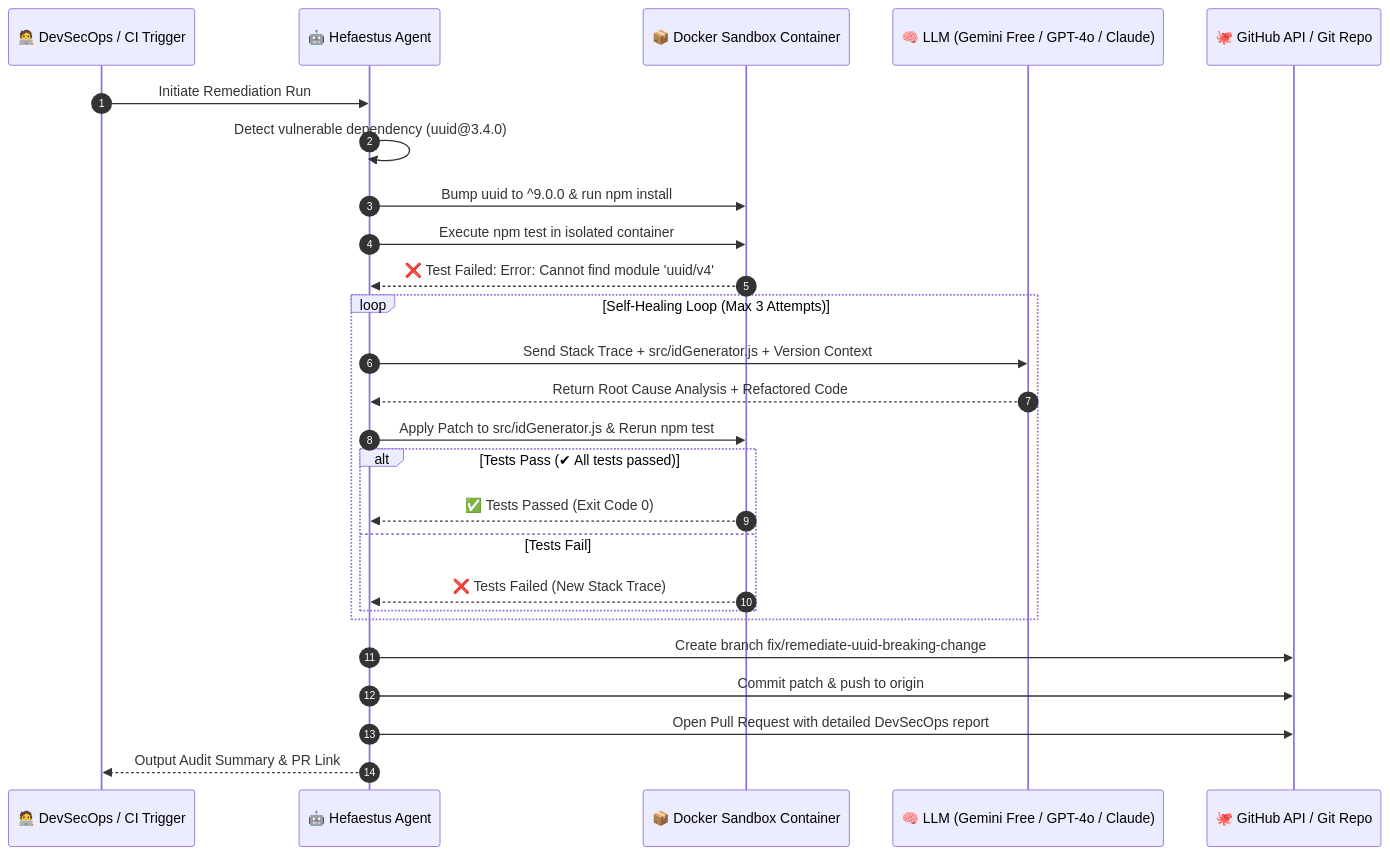
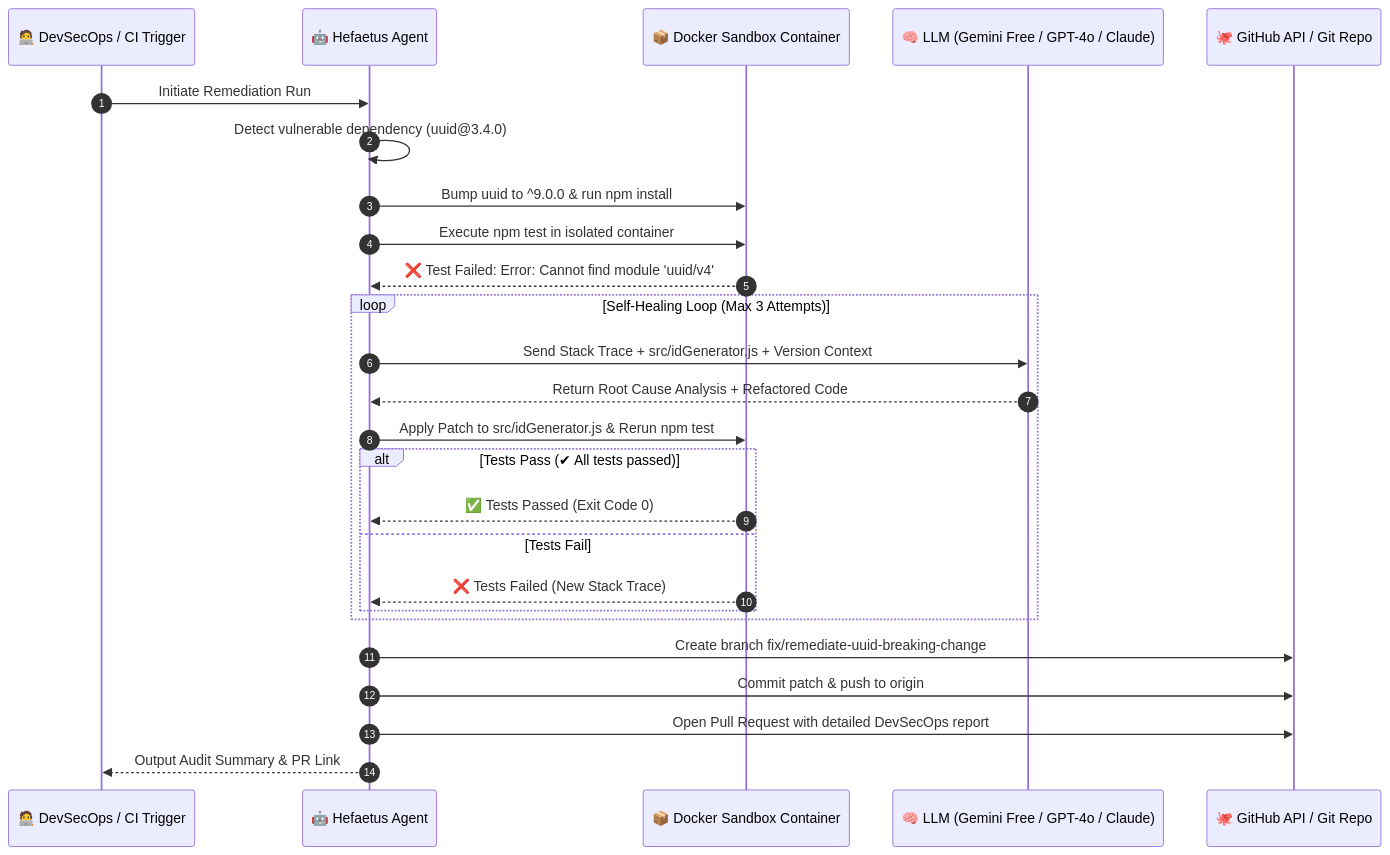
One commit to hefaetus/hefaetus-poc changed the diagram in README.md. Above: the diagram before and after it, drawn with Mermaid. The commit also changed other lines of this file and 10 other files, not shown here.

````diff
--- a/README.md
+++ b/README.md
@@ -47,31 +47,31 @@
 ```mermaid
 sequenceDiagram
     autonumber
     participant DevSecOps as 🧑‍💻 DevSecOps / CI Trigger
-    participant Agent as 🤖 Hefaestus Agent
+    participant Agent as 🤖 Hefaetus Agent
     participant Sandbox as 📦 Docker Sandbox Container
     participant LLM as 🧠 LLM (Gemini Free / GPT-4o / Claude)
     participant Git as 🐙 GitHub API / Git Repo
 
     DevSecOps->>Agent: Initiate Remediation Run
     Agent->>Agent: Detect vulnerable dependency (uuid@3.4.0)
     Agent->>Sandbox: Bump uuid to ^9.0.0 & run npm install
     Agent->>Sandbox: Execute npm test in isolated container
     Sandbox-->>Agent: ❌ Test Failed: Error: Cannot find module 'uuid/v4'
     
     loop Self-Healing Loop (Max 3 Attempts)
         Agent->>LLM: Send Stack Trace + src/idGenerator.js + Version Context
         LLM-->>Agent: Return Root Cause Analysis + Refactored Code
         Agent->>Sandbox: Apply Patch to src/idGenerator.js & Rerun npm test
         alt Tests Pass (✔ All tests passed)
             Sandbox-->>Agent: ✅ Tests Passed (Exit Code 0)
         else Tests Fail
             Sandbox-->>Agent: ❌ Tests Failed (New Stack Trace)
         end
     end
 
     Agent->>Git: Create branch fix/remediate-uuid-breaking-change
     Agent->>Git: Commit patch & push to origin
     Agent->>Git: Open Pull Request with detailed DevSecOps report
     Agent-->>DevSecOps: Output Audit Summary & PR Link
 ```
````
